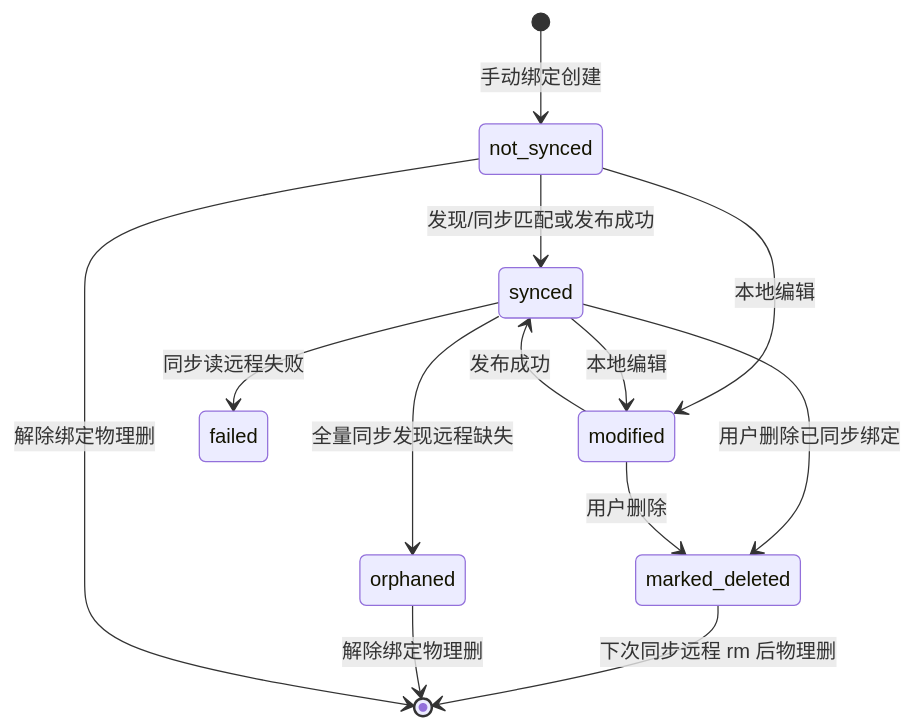
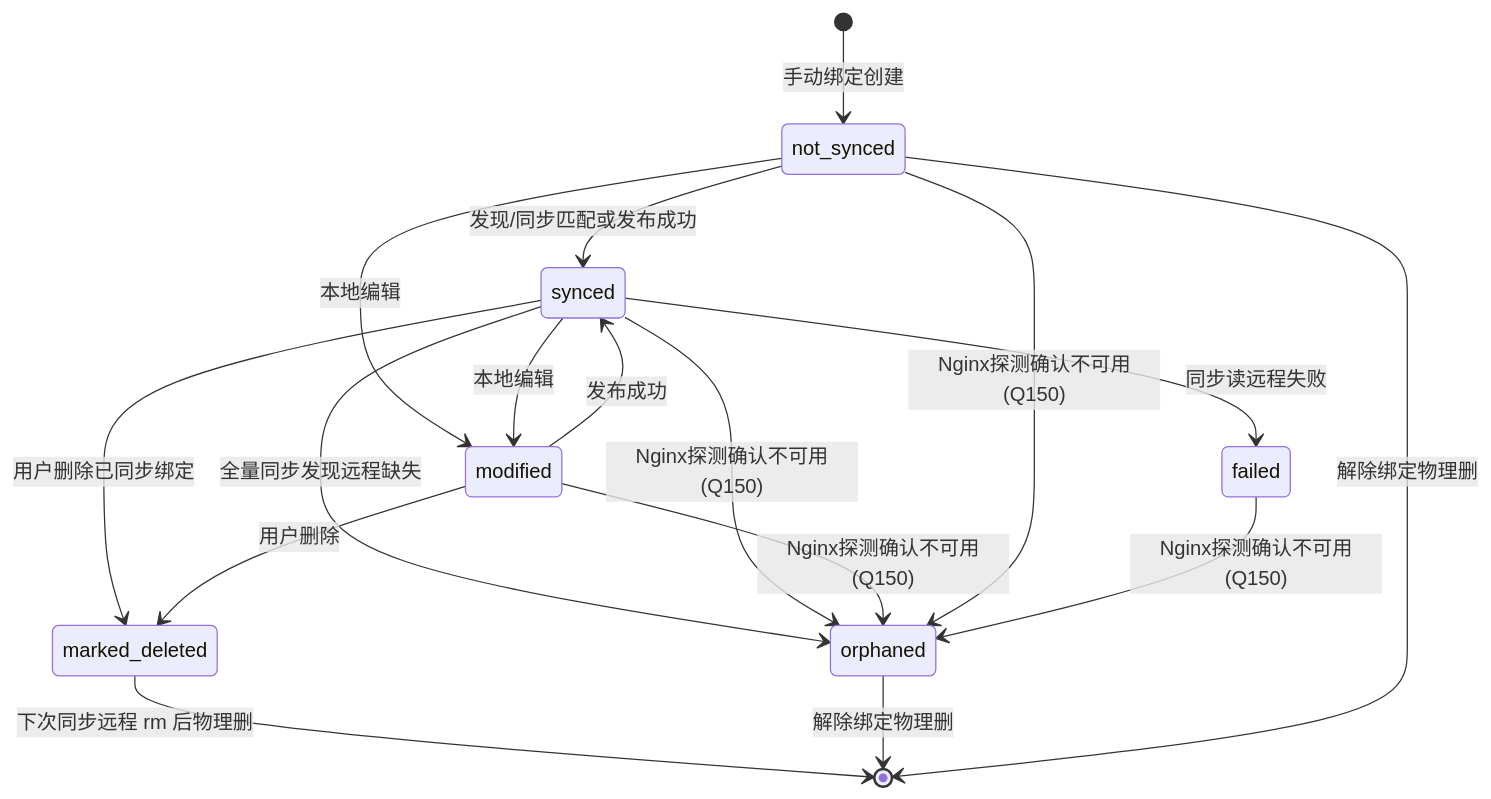
The diagram in docs/07-configs.md (zerotocode398/mngxops), drawn with Mermaid before and after one commit. The commit also changed other lines of this file and 29 other files, not shown here.

````diff
--- a/docs/07-configs.md
+++ b/docs/07-configs.md
@@ -50,15 +50,19 @@
 ```mermaid
 stateDiagram-v2
   [*] --> not_synced: 手动绑定创建
   not_synced --> synced: 发现/同步匹配或发布成功
   not_synced --> modified: 本地编辑
   synced --> modified: 本地编辑
   modified --> synced: 发布成功
   synced --> orphaned: 全量同步发现远程缺失
   synced --> failed: 同步读远程失败
   synced --> marked_deleted: 用户删除已同步绑定
   modified --> marked_deleted: 用户删除
+  synced --> orphaned: Nginx探测确认不可用(Q150)
+  modified --> orphaned: Nginx探测确认不可用(Q150)
+  not_synced --> orphaned: Nginx探测确认不可用(Q150)
+  failed --> orphaned: Nginx探测确认不可用(Q150)
   marked_deleted --> [*]: 下次同步远程 rm 后物理删
   orphaned --> [*]: 解除绑定物理删
   not_synced --> [*]: 解除绑定物理删
 ```
````
